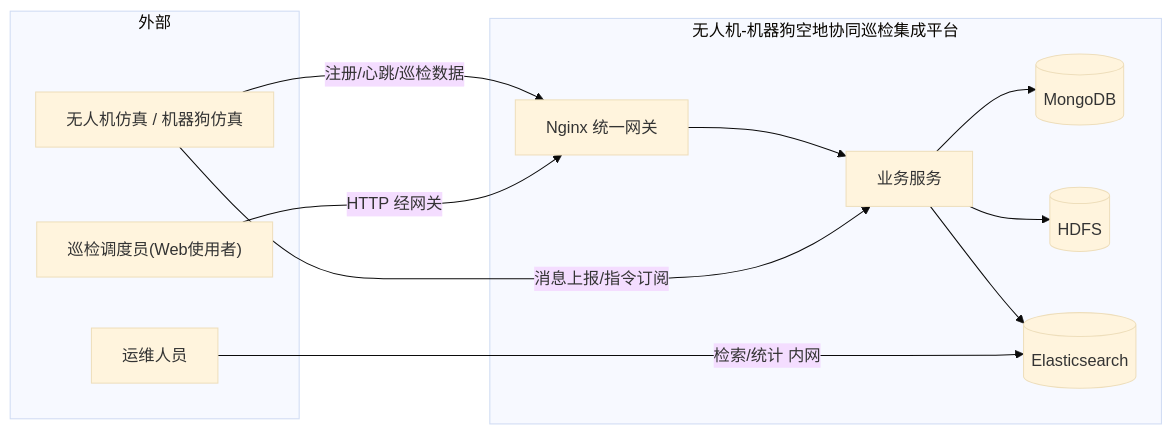
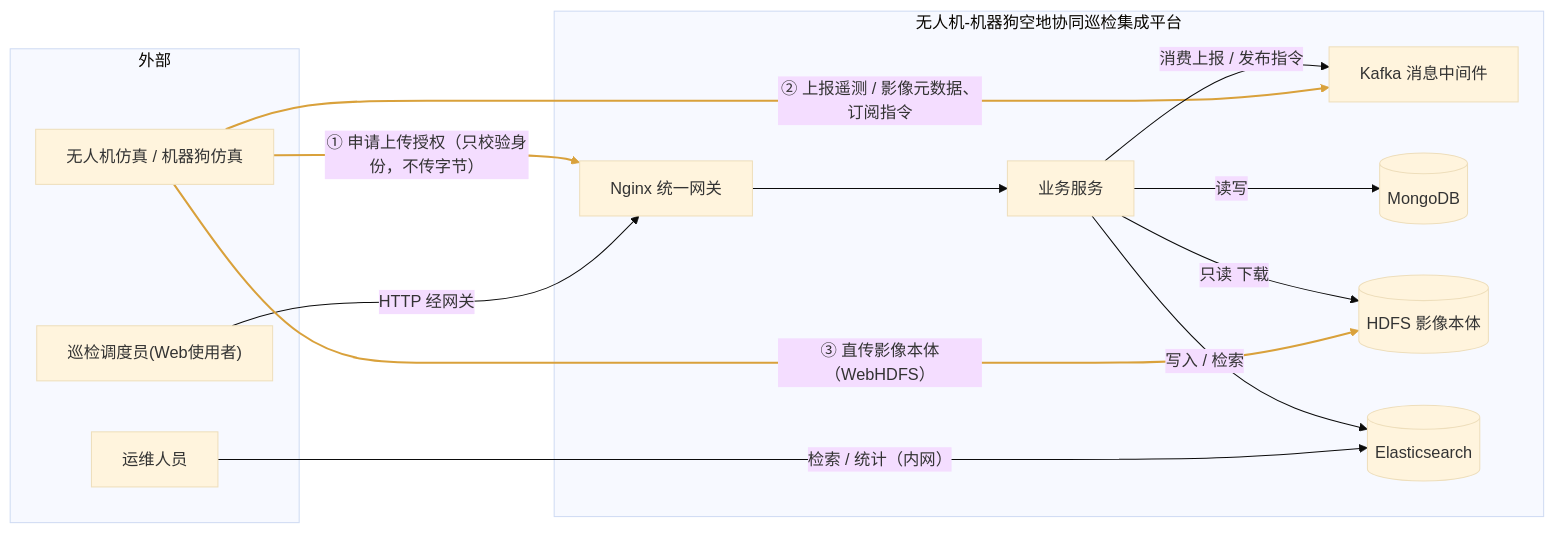
The first of 7 diagrams in doc/架构分析/架构图详解.md (heziherz/uav-robot-inspection-platform), drawn with Mermaid (base theme) before and after one commit. The commit also changed other lines of this file and 54 other files, not shown here.

````diff
--- a/doc/架构分析/架构图详解.md
+++ b/doc/架构分析/架构图详解.md
@@ -85,23 +85,27 @@
 ```mermaid
 flowchart LR
     subgraph 外部
         USER["巡检调度员(Web使用者)"]
         OPS["运维人员"]
         DEV["无人机仿真 / 机器狗仿真"]
     end
     subgraph 平台["无人机-机器狗空地协同巡检集成平台"]
         GW["Nginx 统一网关"]
         BIZ["业务服务"]
+        MQ["Kafka 消息中间件"]
         DB[("MongoDB")]
-        FS[("HDFS")]
+        FS[("HDFS 影像本体")]
         ES[("Elasticsearch")]
     end
     USER -->|HTTP 经网关| GW
-    DEV -->|注册/心跳/巡检数据| GW
-    DEV -->|消息上报/指令订阅| BIZ
-    OPS -->|检索/统计 内网| ES
+    OPS -->|检索 / 统计（内网）| ES
+    DEV -->|"① 申请上传授权（只校验身份，不传字节）"| GW
+    DEV -->|"② 上报遥测 / 影像元数据、订阅指令"| MQ
+    DEV ==>|"③ 直传影像本体（WebHDFS）"| FS
     GW --> BIZ
-    BIZ --> DB
-    BIZ --> FS
-    BIZ --> ES
+    BIZ -->|消费上报 / 发布指令| MQ
+    BIZ -->|读写| DB
+    BIZ -->|只读 下载| FS
+    BIZ -->|写入 / 检索| ES
+    linkStyle 2,3,4 stroke:#d9a13b,stroke-width:2px
 ```
````
